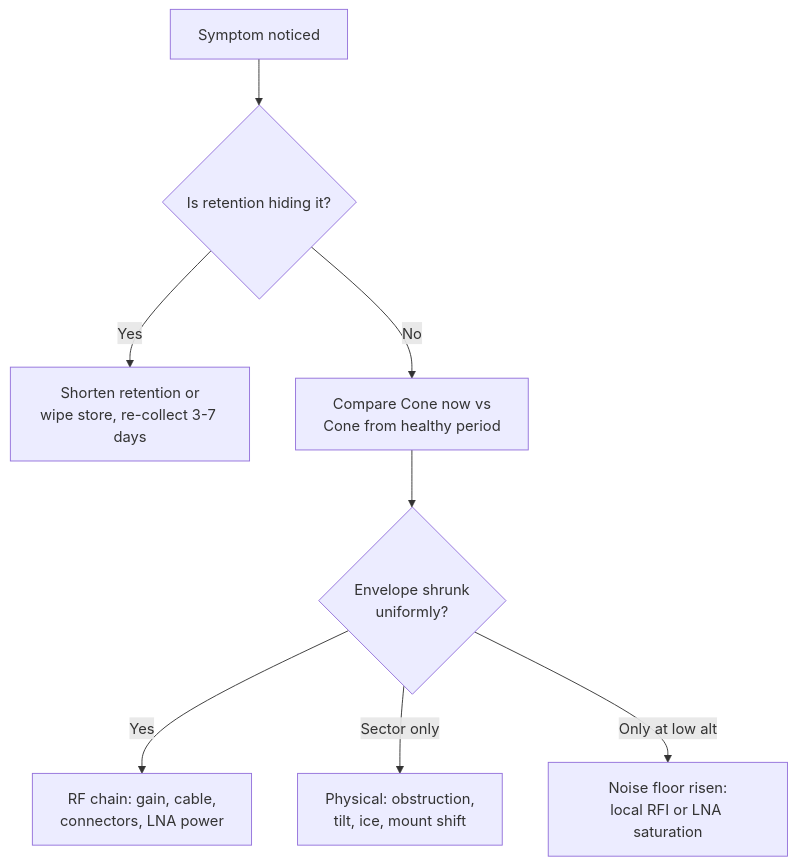
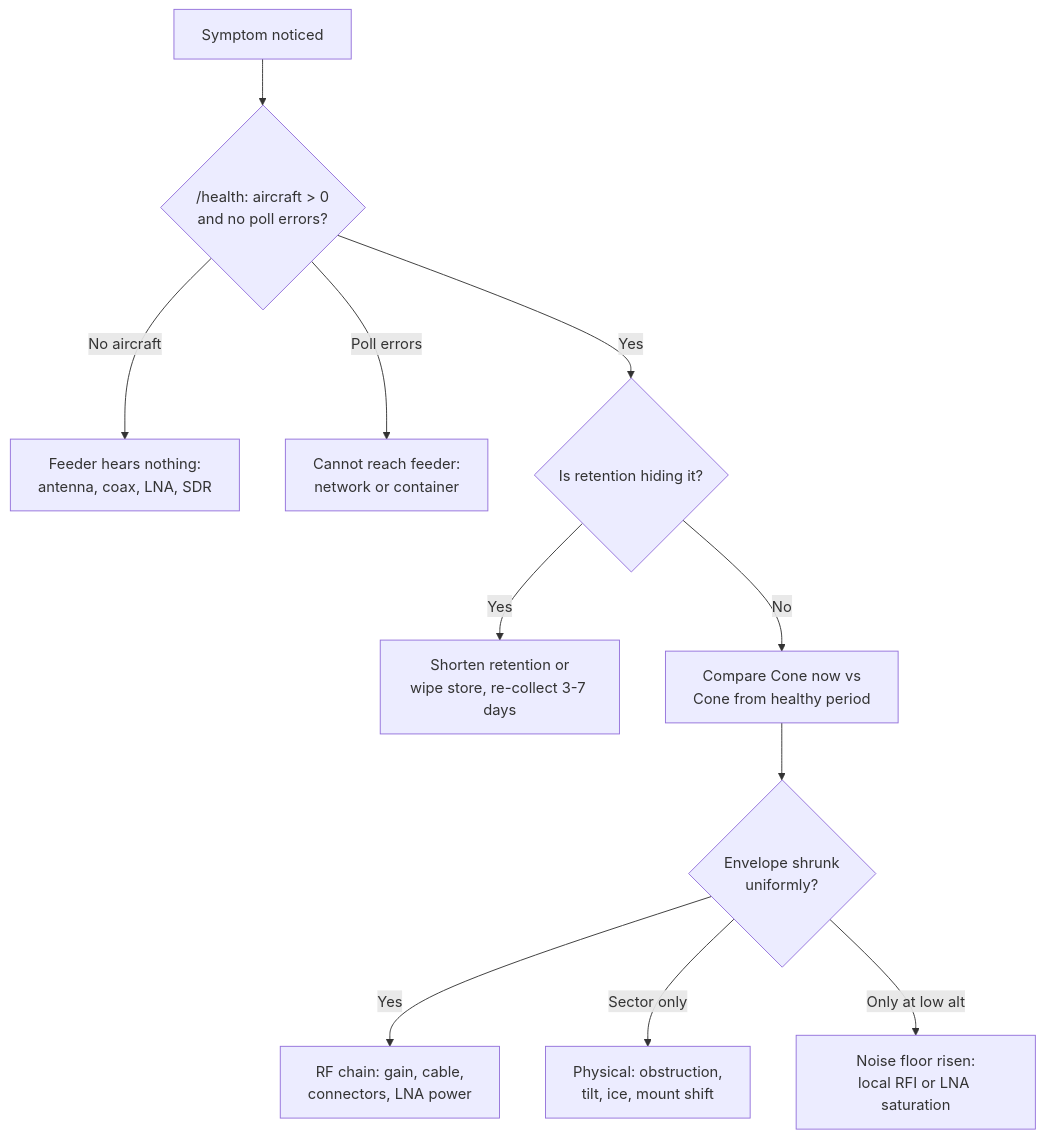
The fourth of 4 diagrams in BEST_PRACTICES.md (jrsphoto/ADSb-Vue), drawn with Mermaid before and after one commit. The commit also changed other lines of this file and 7 other files, not shown here.

````diff
--- a/BEST_PRACTICES.md
+++ b/BEST_PRACTICES.md
@@ -218,10 +242,13 @@
 ```mermaid
 flowchart TD
-  S[Symptom noticed] --> W{Is retention hiding it?}
+  S[Symptom noticed] --> H{"/health: aircraft > 0<br/>and no poll errors?"}
+  H -->|"No aircraft"| RF1[Feeder hears nothing:<br/>antenna, coax, LNA, SDR]
+  H -->|"Poll errors"| NET[Cannot reach feeder:<br/>network or container]
+  H -->|Yes| W{Is retention hiding it?}
   W -->|Yes| WA[Shorten retention or<br/>wipe store, re-collect 3-7 days]
   W -->|No| C[Compare Cone now vs<br/>Cone from healthy period]
   C --> Q{Envelope shrunk<br/>uniformly?}
   Q -->|Yes| R[RF chain: gain, cable,<br/>connectors, LNA power]
   Q -->|Sector only| SC[Physical: obstruction,<br/>tilt, ice, mount shift]
   Q -->|Only at low alt| LA[Noise floor risen:<br/>local RFI or LNA saturation]
 ```
````
